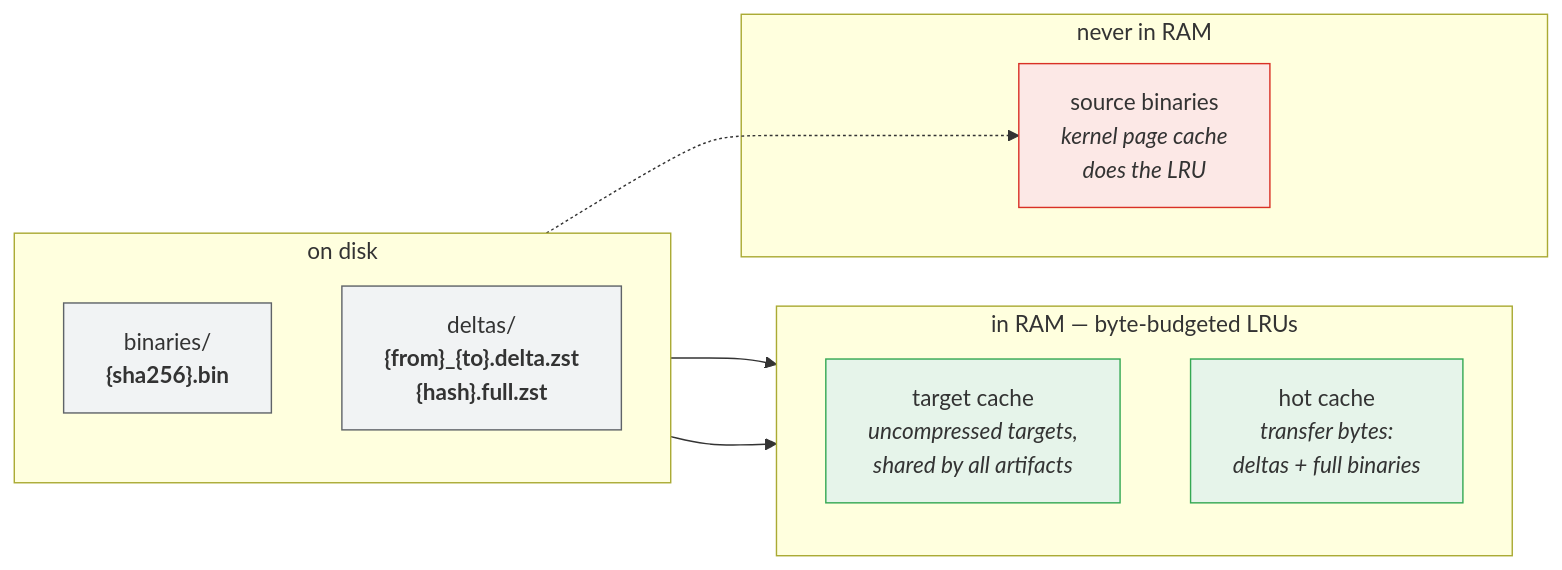
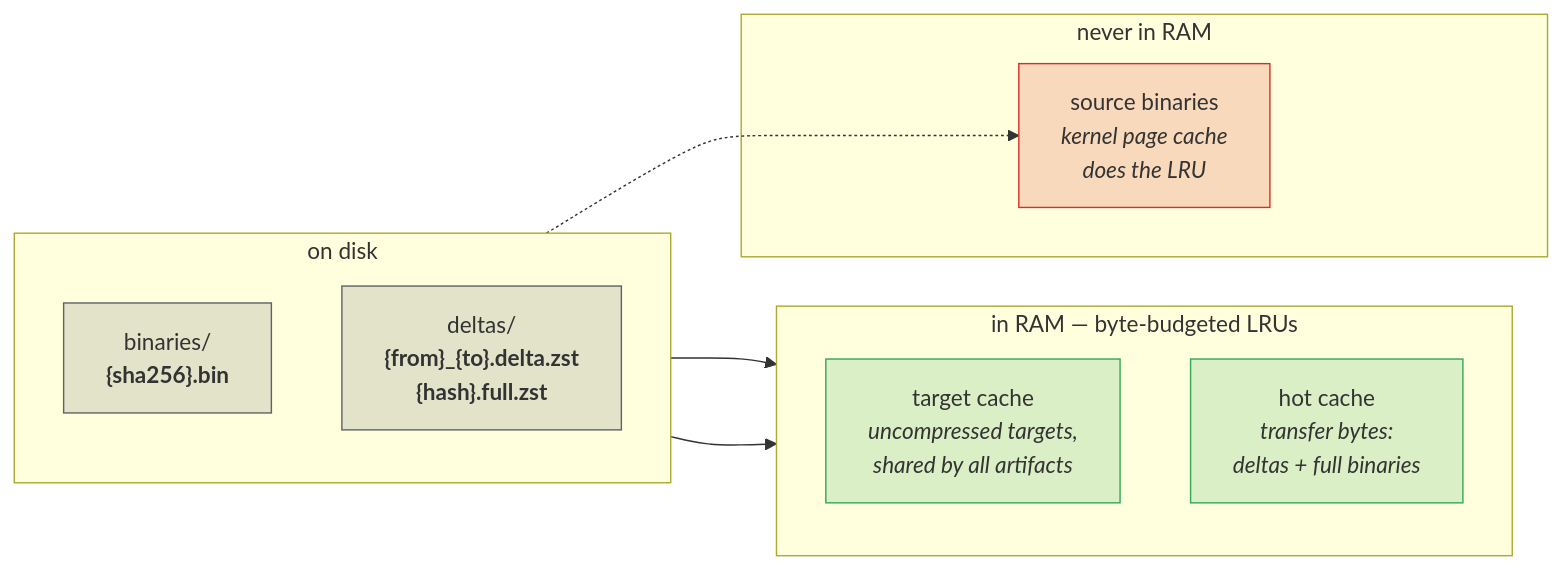
Before and after one commit to carlosprados/ota-updater: the second of 5 diagrams in site/content/architecture/_index.md, drawn with Mermaid. The commit also changed other lines of this file and 13 other files, not shown here.

First line of the commit message:
fix(docs): broken diagram, unreadable colours, duplicated H1, footer links

````diff
--- a/site/content/architecture/_index.md
+++ b/site/content/architecture/_index.md
@@ -54,29 +52,29 @@
 ```mermaid
 flowchart LR
     subgraph DISK["on disk"]
         direction TB
         B1["binaries/<br/><b>{sha256}.bin</b>"]
         D1["deltas/<br/><b>{from}_{to}.delta.zst</b><br/><b>{hash}.full.zst</b>"]
     end
 
     subgraph RAM["in RAM — byte-budgeted LRUs"]
         direction TB
         TC["target cache<br/><i>uncompressed targets,<br/>shared by all artifacts</i>"]
         HC["hot cache<br/><i>transfer bytes:<br/>deltas + full binaries</i>"]
     end
 
     subgraph NEVER["never in RAM"]
         SRC["source binaries<br/><i>kernel page cache<br/>does the LRU</i>"]
     end
 
     B1 --> TC
     D1 --> HC
     B1 -.-> SRC
 
-    classDef disk fill:#f1f3f4,stroke:#5f6368
-    classDef ram fill:#e6f4ea,stroke:#34a853
-    classDef never fill:#fce8e6,stroke:#d93025
+    classDef disk fill:#5f63682e,stroke:#5f6368
+    classDef ram fill:#34a8532e,stroke:#34a853
+    classDef never fill:#d930252e,stroke:#d93025
     class B1,D1 disk
     class TC,HC ram
     class SRC never
 ```
````
